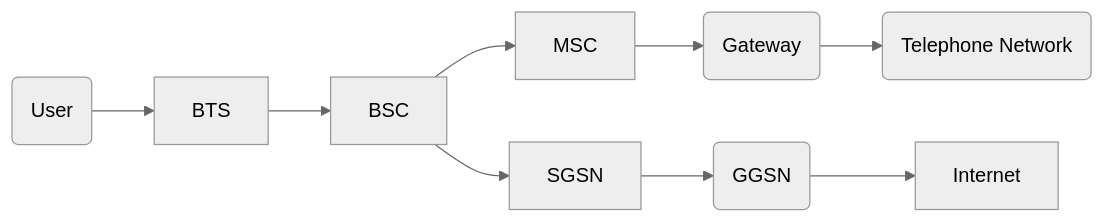
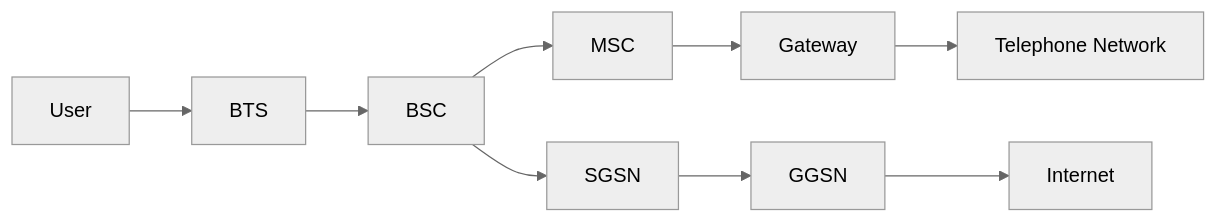
One commit to YBRua/CourseNotes changed the second of 2 diagrams in Intelligent Internet of Things/Chapters/Chpt01-EvolutionOfMobileNetwork.md. Above: the diagram before and after it, drawn with Mermaid (neutral theme). The commit also changed other lines of this file and 6 other files, not shown here.

````diff
--- a/Intelligent Internet of Things/Chapters/Chpt01-EvolutionOfMobileNetwork.md
+++ b/Intelligent Internet of Things/Chapters/Chpt01-EvolutionOfMobileNetwork.md
@@ -107,12 +107,12 @@
 ```mermaid
 graph LR;
 
-User(User) --> BTS
+User --> BTS
 BTS --> BSC
 BSC --> MSC
 BSC --> SGSN
-SGSN --> GGSN(GGSN)
+SGSN --> GGSN
 GGSN --> Internet
-MSC --> Gateway(Gateway)
-Gateway --> Tel(Telephone Network)
+MSC --> Gateway
+Gateway --> Tel[Telephone Network]
 ```
````
